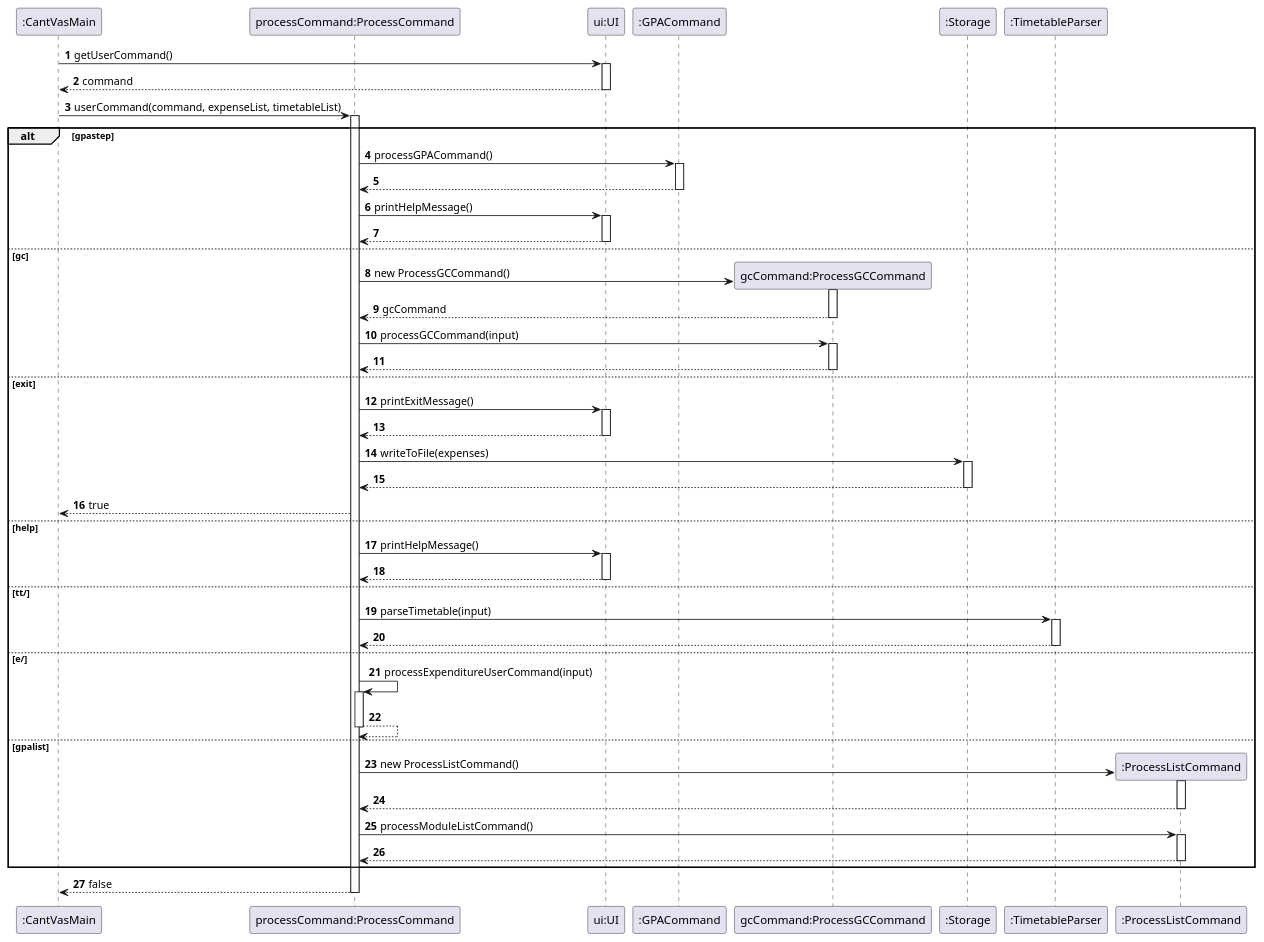
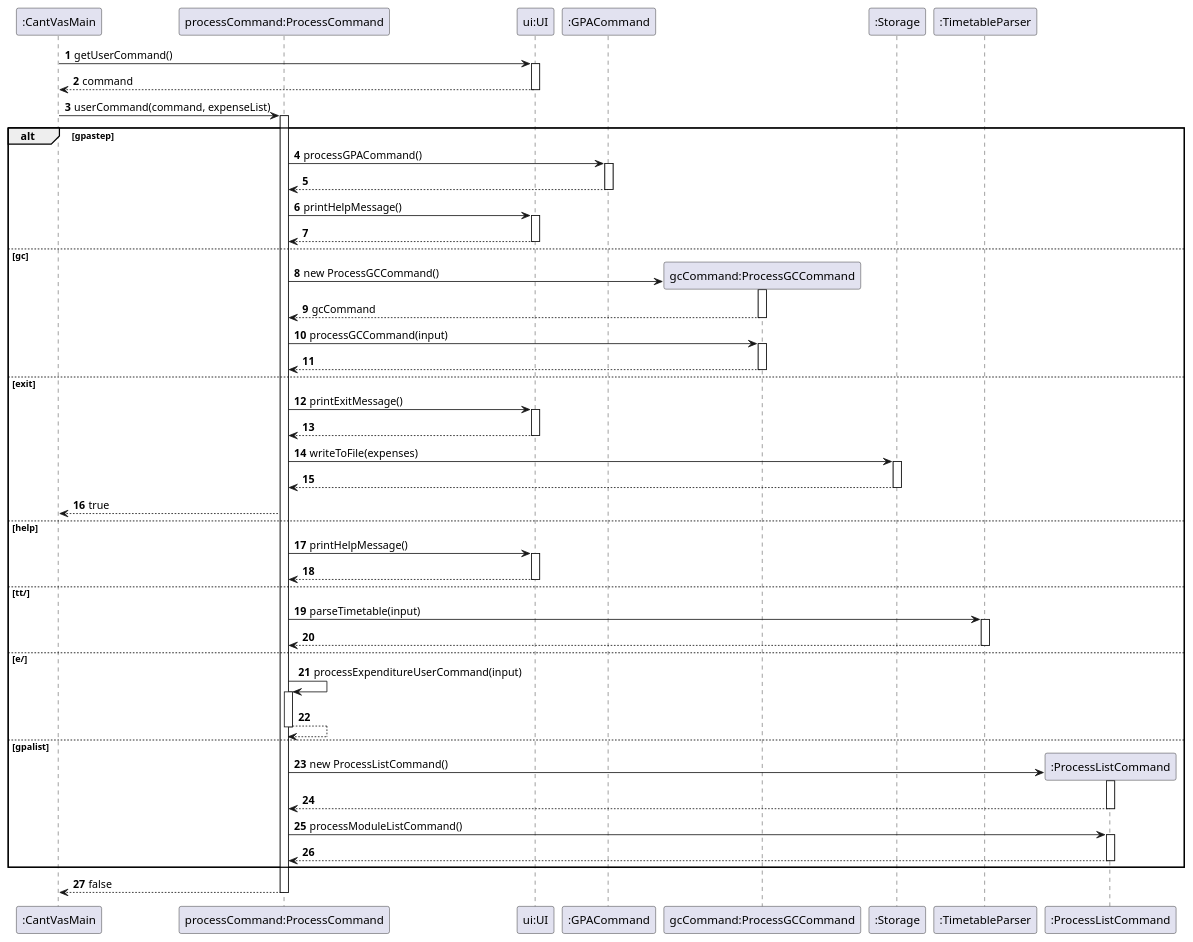
Before and after one commit to nyh3/tp: the diagram in docs/diagrams/sequencediagram/ProcessCommand.puml, drawn with PlantUML. The commit also changed 9 other files, not shown here.

Commit message:
Add storage class diagram

```diff
--- a/docs/diagrams/sequencediagram/ProcessCommand.puml
+++ b/docs/diagrams/sequencediagram/ProcessCommand.puml
@@ -1,87 +1,87 @@
 @startuml
 'https://plantuml.com/sequence-diagram
 
 autonumber
 participant ":CantVasMain" as cantVasMain
 participant "processCommand:ProcessCommand" as processCommand
 participant "ui:UI" as ui
 participant ":GPACommand" as gpaCommand
 participant "gcCommand:ProcessGCCommand" as gcCommand
 participant ":Storage" as storage
 participant ":TimetableParser" as timetableParser
 participant ":ProcessListCommand" as processListCommand
 
 cantVasMain -> ui: getUserCommand()
 activate ui
 
 ui --> cantVasMain: command
 deactivate ui
 
-cantVasMain -> processCommand: userCommand(command, expenseList, timetableList)
+cantVasMain -> processCommand: userCommand(command, expenseList)
 activate processCommand
 
 alt gpastep
     processCommand -> gpaCommand: processGPACommand()
     activate gpaCommand
     processCommand <--gpaCommand
     deactivate gpaCommand
     processCommand ->ui: printHelpMessage()
     activate ui
     ui --> processCommand
     deactivate ui
 
 else gc
     create gcCommand
     processCommand -> gcCommand: new ProcessGCCommand()
     activate gcCommand
     processCommand <-- gcCommand: gcCommand
     deactivate gcCommand
     processCommand -> gcCommand: processGCCommand(input)
     activate gcCommand
     gcCommand --> processCommand:
     deactivate gcCommand
 
 else exit
     processCommand -> ui: printExitMessage()
     activate ui
     ui --> processCommand:
     deactivate ui
     processCommand -> storage: writeToFile(expenses)
     activate storage
     processCommand <-- storage:
     deactivate storage
     processCommand --> cantVasMain: true
 
 else help
     processCommand -> ui: printHelpMessage()
     activate ui
     ui --> processCommand:
     deactivate ui
 
 else tt/
     processCommand ->timetableParser: parseTimetable(input)
     activate timetableParser
     processCommand <--timetableParser:
     deactivate timetableParser
 
 else e/
     processCommand -> processCommand: processExpenditureUserCommand(input)
     activate processCommand
     processCommand --> processCommand:
     deactivate processCommand
 
 else gpalist
     create processListCommand
     processCommand -> processListCommand: new ProcessListCommand()
     activate processListCommand
     processCommand <-- processListCommand:
     deactivate processListCommand
     processCommand -> processListCommand: processModuleListCommand()
     activate processListCommand
     processCommand <-- processListCommand:
     deactivate processListCommand
 end
 processCommand --> cantVasMain: false
 deactivate processCommand
 
 @enduml
```
